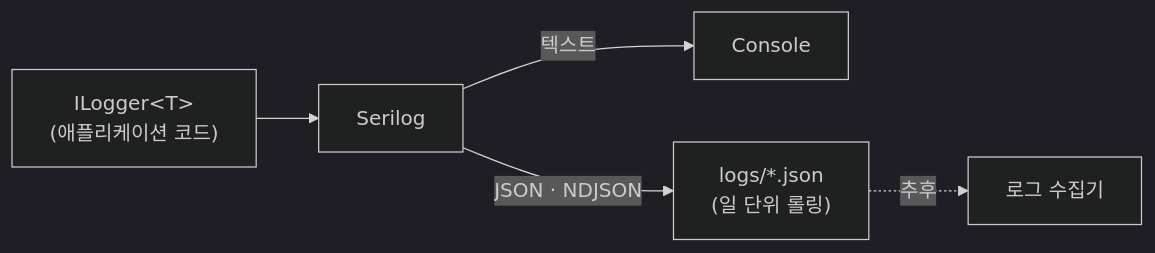
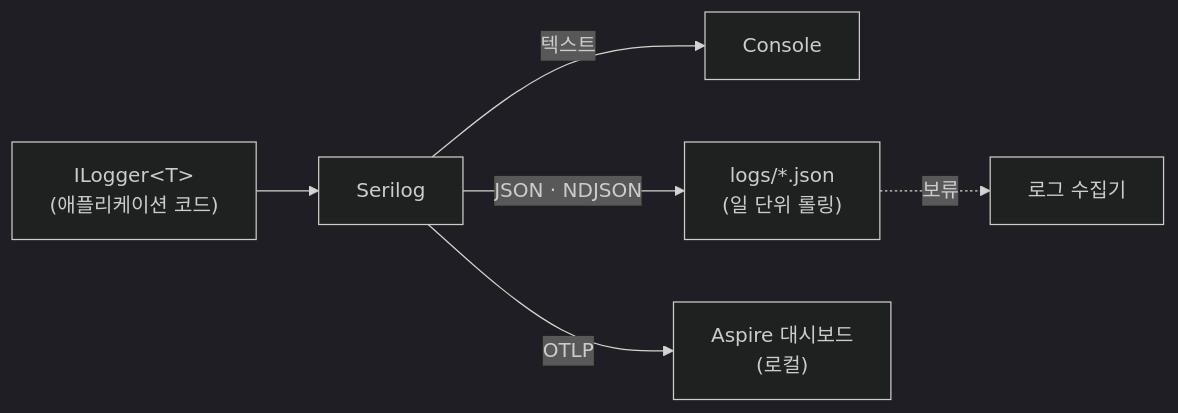
The diagram in wiki/04-development/logging-observability.md (thkim-ezabele/task_20260926), drawn with Mermaid (dark theme) before and after one commit. The commit also changed other lines of this file and 17 other files, not shown here.

````diff
--- a/wiki/04-development/logging-observability.md
+++ b/wiki/04-development/logging-observability.md
@@ -29,7 +30,8 @@
 ```mermaid
 flowchart LR
     A["ILogger&lt;T&gt;<br/>(애플리케이션 코드)"] --> S[Serilog]
     S -->|텍스트| C[Console]
     S -->|JSON · NDJSON| F["logs/*.json<br/>(일 단위 롤링)"]
-    F -.->|추후| K[로그 수집기]
+    S -->|OTLP| D["Aspire 대시보드<br/>(로컬)"]
+    F -.->|보류| K[로그 수집기]
 ```
````
